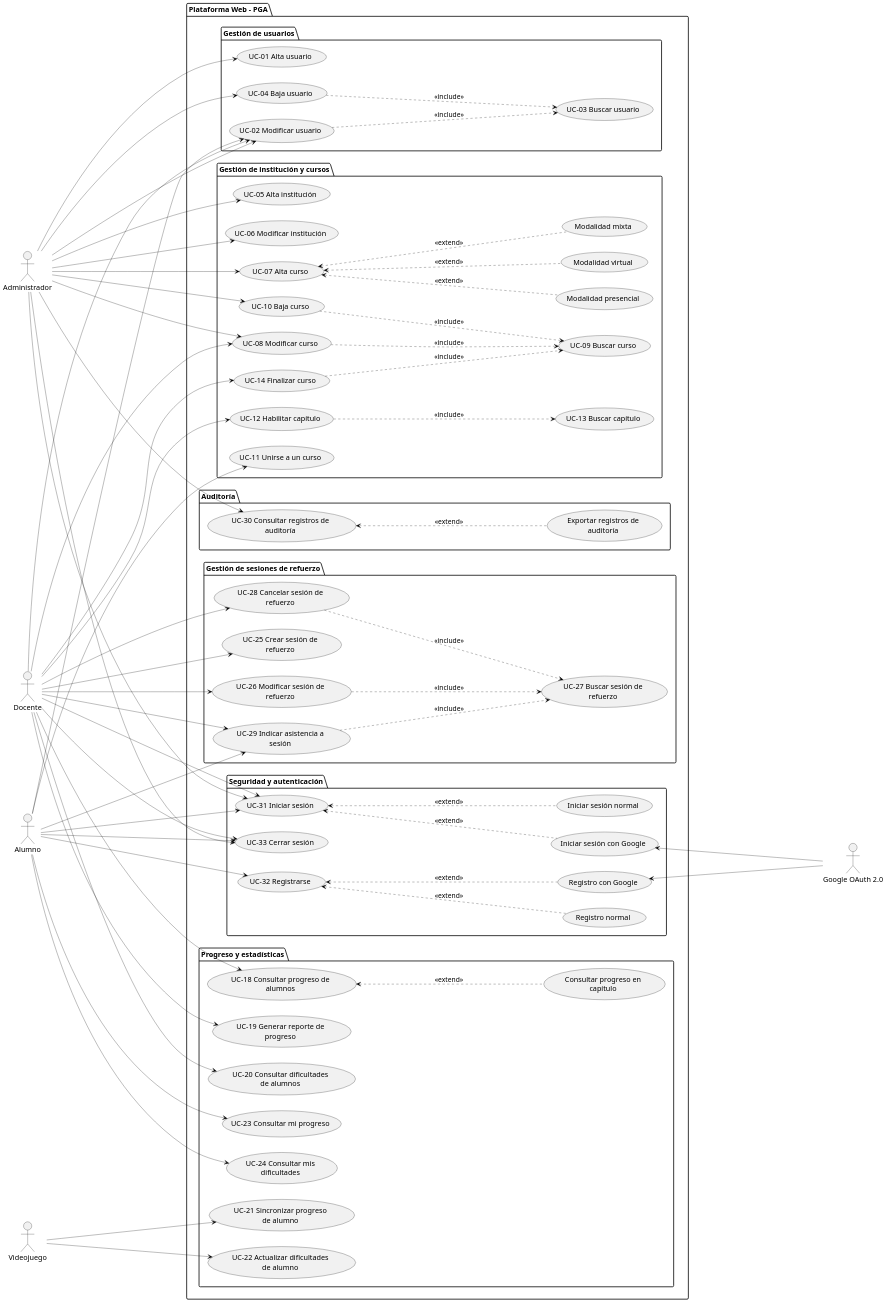
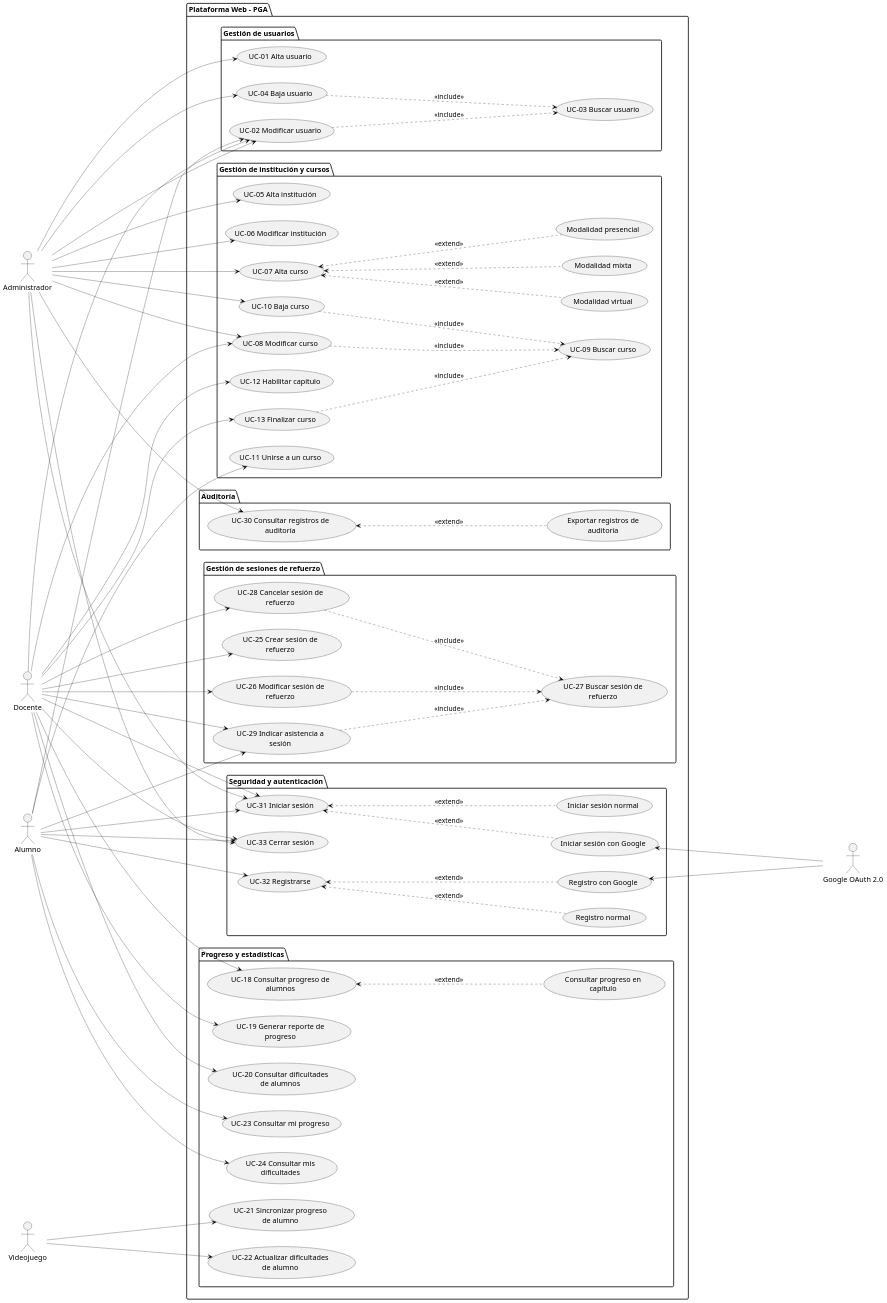
The diagram in docs/requisitos/casos-de-uso/diagrama-casos-de-uso/dcu-expandido.puml (francoalbornoz2002/ASC-ProyectoAlgoritmia-TrabajoFinal), drawn with PlantUML before and after one commit. The commit also changed 1 other file, not shown here.

Commit message:
Quitando CU innecesario y terminando CU Habilitar capítulo (A modificar)

```diff
--- a/docs/requisitos/casos-de-uso/diagrama-casos-de-uso/dcu-expandido.puml
+++ b/docs/requisitos/casos-de-uso/diagrama-casos-de-uso/dcu-expandido.puml
@@ -1,153 +1,151 @@
 @startuml DCU_Expandido
 left to right direction
 
 skinparam dpi 150
 skinparam usecasePadding 25
 skinparam actorPadding 100
 skinparam packagePadding 20
 skinparam wrapWidth 200
 
 skinparam nodesep 30
 skinparam ranksep 300
 
 skinparam ArrowThickness 0.5
 skinparam ArrowColor Black
 
 
 actor Administrador
 actor Docente
 actor Alumno
 actor "Google OAuth 2.0" as GoogleOAuth2
 actor Videojuego
 
 package "Plataforma Web - PGA"{
   'Subsistemas'
   package "Gestión de usuarios" {
     usecase "UC-01 Alta usuario" as UC01
     usecase "UC-02 Modificar usuario" as UC02
     usecase "UC-03 Buscar usuario" as UC03
     usecase "UC-04 Baja usuario" as UC04
 
     'Relaciones'
     Administrador --> UC01
     Administrador --> UC02
     Alumno --> UC02
     Docente --> UC02
     UC02 ..> UC03 : <<include>>
     Administrador --> UC04
     UC04 ..> UC03 : <<include>>
   }
 
   package "Gestión de institución y cursos" {
     usecase "UC-05 Alta institución" as UC05
     usecase "UC-06 Modificar institución" as UC06
     usecase "UC-07 Alta curso" as UC07
     usecase "Modalidad presencial" as UC07A
     usecase "Modalidad virtual" as UC07B
     usecase "Modalidad mixta" as UC07C
     usecase "UC-08 Modificar curso" as UC08
     usecase "UC-09 Buscar curso" as UC09
     usecase "UC-10 Baja curso" as UC10
     usecase "UC-11 Unirse a un curso" as UC11
     usecase "UC-12 Habilitar capítulo" as UC12
-    usecase "UC-13 Buscar capítulo" as UC13
-    usecase "UC-14 Finalizar curso" as UC14
+    usecase "UC-13 Finalizar curso" as UC13
 
     'Relaciones'
     'AM Institución
     Administrador --> UC05
     Administrador --> UC06
     'ABM Cursos
     Administrador --> UC07
     UC07 <.. UC07A : <<extend>>
     UC07 <.. UC07B : <<extend>>
     UC07 <.. UC07C : <<extend>>
     Administrador --> UC08
     Docente --> UC08
     Administrador --> UC10
     UC08 ..> UC09 : <<include>>
     UC10 ..> UC09 : <<include>>
     'Unirse a curso
     Alumno --> UC11
     'Habilitar capítulo
     Docente --> UC12
-    UC12 ..> UC13 : <<include>>
-    Docente --> UC14
-    UC14 ..> UC09 : <<include>>
+    Docente --> UC13
+    UC13 ..> UC09 : <<include>>
   }
 
   package "Progreso y estadísticas" {
     usecase "UC-18 Consultar progreso de alumnos" as UC18
     usecase "Consultar progreso en capítulo" as UC18A
     usecase "UC-19 Generar reporte de progreso" as UC19
     usecase "UC-20 Consultar dificultades de alumnos" as UC20
     usecase "UC-21 Sincronizar progreso de alumno" as UC21
     usecase "UC-22 Actualizar dificultades de alumno" as UC22
     usecase "UC-23 Consultar mi progreso" as UC23
     usecase "UC-24 Consultar mis dificultades" as UC24
 
     'Relaciones'
     Docente --> UC18
     UC18 <.. UC18A : <<extend>>
     Docente --> UC19
     Docente --> UC20
     Videojuego --> UC21
     Videojuego --> UC22
     Alumno --> UC23
     Alumno --> UC24
   }
 
   package "Gestión de sesiones de refuerzo" {
     usecase "UC-25 Crear sesión de refuerzo" as UC25
     usecase "UC-26 Modificar sesión de refuerzo" as UC26
     usecase "UC-27 Buscar sesión de refuerzo" as UC27
     usecase "UC-28 Cancelar sesión de refuerzo" as UC28
     usecase "UC-29 Indicar asistencia a sesión" as UC29
 
     'Relaciones'
     Docente --> UC25
     Docente --> UC26
     Docente --> UC28
     UC26 ..> UC27 : <<include>>
     UC28 ..> UC27 : <<include>>
     Docente --> UC29
     Alumno --> UC29
     UC29 ..> UC27 : <<include>>
   }
 
   package "Auditoría" {
     usecase "UC-30 Consultar registros de auditoría" as UC30
     usecase "Exportar registros de auditoría" as UC30A
 
     'Relaciones'
     Administrador --> UC30
     UC30 <.. UC30A : <<extend>>
   }
 
   package "Seguridad y autenticación" {
     usecase "UC-31 Iniciar sesión" as UC31
     usecase "Iniciar sesión normal" as UC31A
     usecase "Iniciar sesión con Google" as UC31B
     usecase "UC-32 Registrarse" as UC32
     usecase "Registro normal" as UC32A
     usecase "Registro con Google" as UC32B
     usecase "UC-33 Cerrar sesión" as UC33
 
     'Relaciones'
     Administrador --> UC31
     Administrador --> UC33
     Docente --> UC31
     Docente --> UC33
     Alumno --> UC31
     Alumno --> UC32
     Alumno --> UC33
     UC31 <.. UC31A : <<extend>>
     UC31 <.. UC31B : <<extend>>
     UC32 <.. UC32A : <<extend>>
     UC32 <.. UC32B : <<extend>>
     GoogleOAuth2 -up-> UC31B
     GoogleOAuth2 -up-> UC32B
   }
 
 }
 @enduml
```
